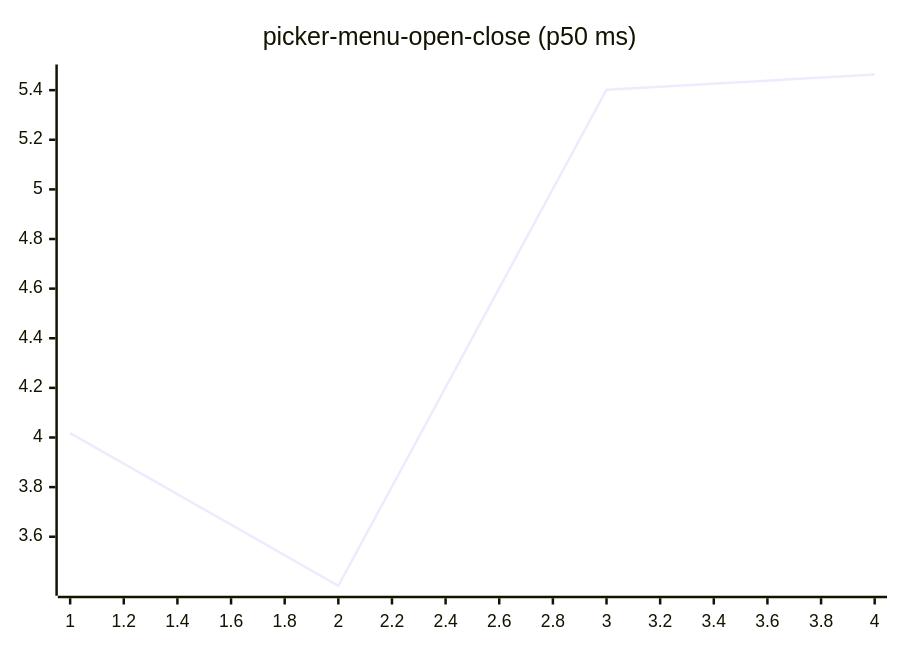
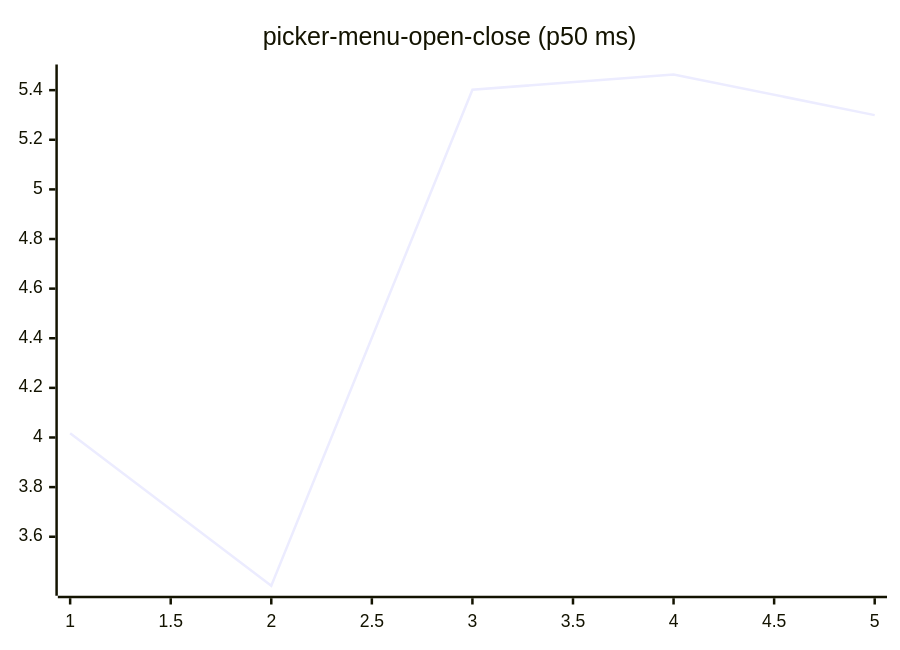
One commit to josha/Facet changed diagram 16 of 27 in README.md. Above: the diagram before and after it, drawn with Mermaid. The commit also changed other lines of this file and 2 other files, not shown here.

````diff
--- a/README.md
+++ b/README.md
@@ -168,6 +168,6 @@
 ```mermaid
 xychart-beta
     title "picker-menu-open-close (p50 ms)"
-    x-axis 1 --> 4
-    line [4.0174, 3.4024, 5.4017, 5.4631]
+    x-axis 1 --> 5
+    line [4.0174, 3.4024, 5.4017, 5.4631, 5.2994]
 ```
````
